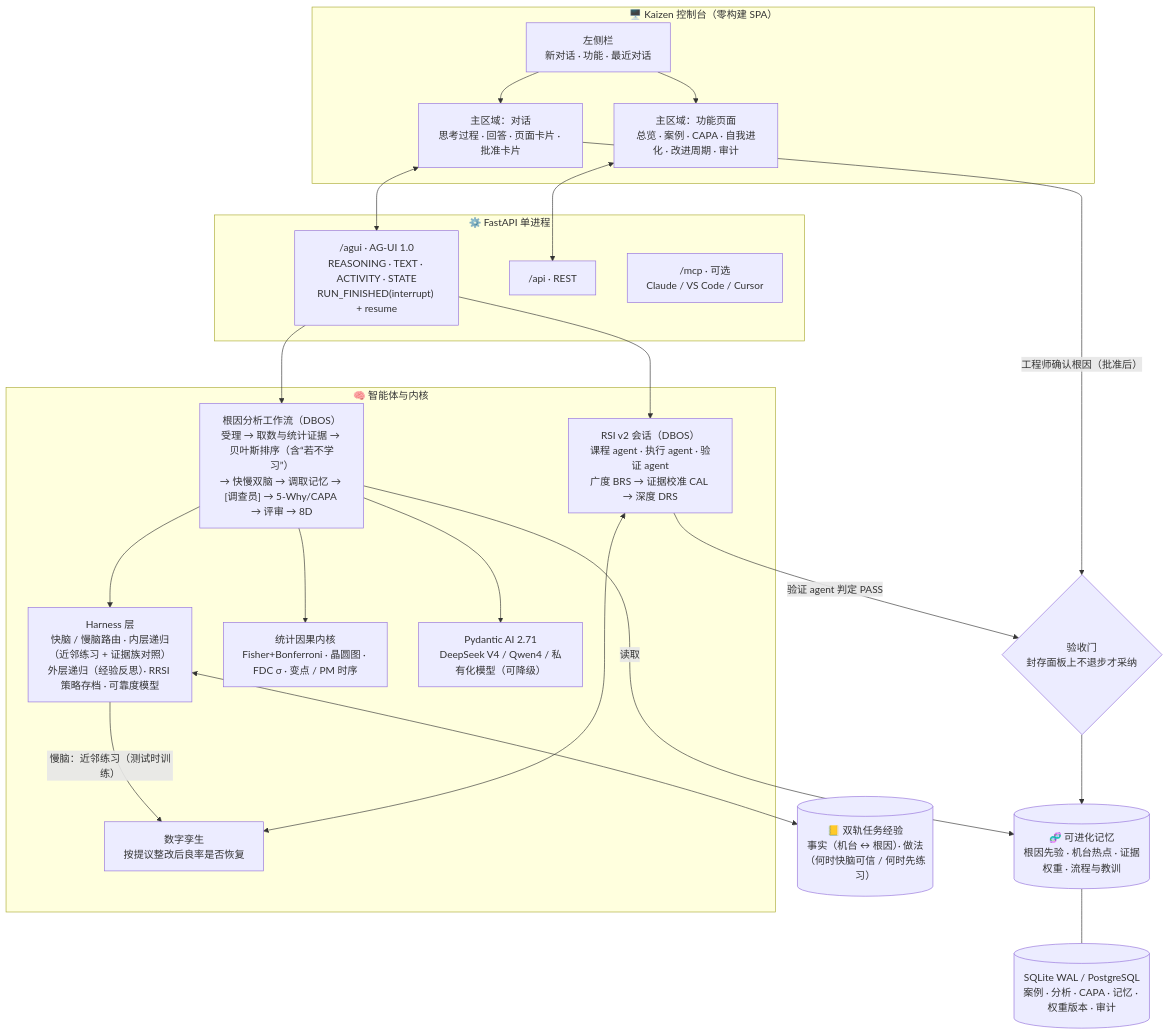
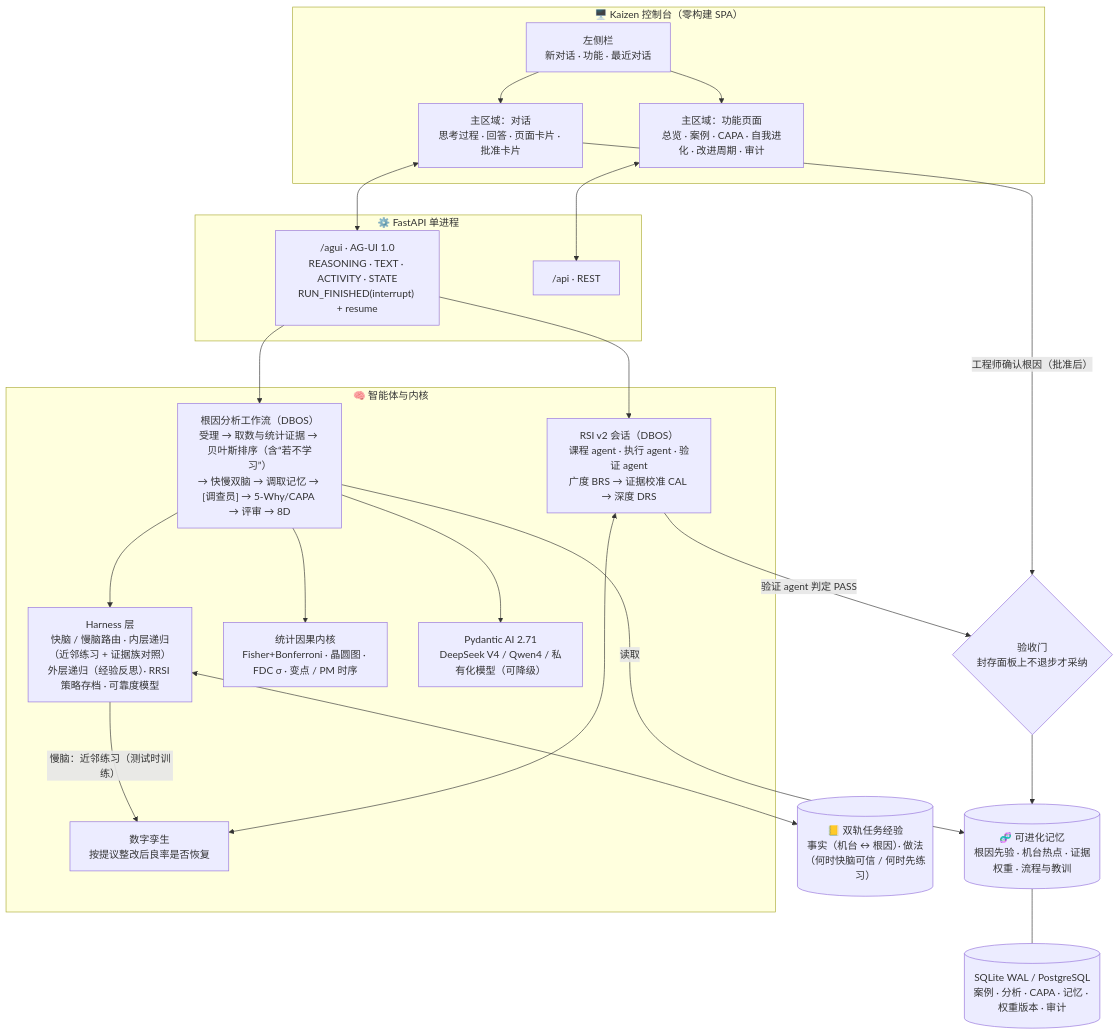
The first of 2 diagrams in README.md (Gaogxx/Industry_RSI), drawn with Mermaid before and after one commit. The commit also changed other lines of this file and 17 other files, not shown here.

````diff
--- a/README.md
+++ b/README.md
@@ -81,43 +74,42 @@
 ```mermaid
 flowchart TB
     subgraph UI["🖥️ Kaizen 控制台（零构建 SPA）"]
         SB["左侧栏<br/>新对话 · 功能 · 最近对话"]
         CHAT["主区域：对话<br/>思考过程 · 回答 · 页面卡片 · 批准卡片"]
         PAGE["主区域：功能页面<br/>总览 · 案例 · CAPA · 自我进化 · 改进周期 · 审计"]
     end
 
     subgraph API["⚙️ FastAPI 单进程"]
         AGUI["/agui · AG-UI 1.0<br/>REASONING · TEXT · ACTIVITY · STATE<br/>RUN_FINISHED(interrupt) + resume"]
         REST["/api · REST"]
-        MCP["/mcp · 可选<br/>Claude / VS Code / Cursor"]
     end
 
     subgraph CORE["🧠 智能体与内核"]
         RCA["根因分析工作流（DBOS）<br/>受理 → 取数与统计证据 → 贝叶斯排序（含“若不学习”）<br/>→ 快慢双脑 → 调取记忆 → [调查员] → 5-Why/CAPA → 评审 → 8D"]
         HZ["Harness 层<br/>快脑 / 慢脑路由 · 内层递归（近邻练习 + 证据族对照）<br/>外层递归（经验反思）· RRSI 策略存档 · 可靠度模型"]
         STAT["统计因果内核<br/>Fisher+Bonferroni · 晶圆图 · FDC σ · 变点 / PM 时序"]
         LLM["Pydantic AI 2.71<br/>DeepSeek V4 / Qwen4 / 私有化模型（可降级）"]
         RSI["RSI v2 会话（DBOS）<br/>课程 agent · 执行 agent · 验证 agent<br/>广度 BRS → 证据校准 CAL → 深度 DRS"]
         TWIN["数字孪生<br/>按提议整改后良率是否恢复"]
     end
 
     MEM[("🧬 可进化记忆<br/>根因先验 · 机台热点 · 证据权重 · 流程与教训")]
     EXP[("📒 双轨任务经验<br/>事实（机台 ↔ 根因）· 做法（何时快脑可信 / 何时先练习）")]
     GATE{"验收门<br/>封存面板上不退步才采纳"}
     DB[("SQLite WAL / PostgreSQL<br/>案例 · 分析 · CAPA · 记忆 · 权重版本 · 审计")]
 
     SB --> CHAT & PAGE
     CHAT <--> AGUI
     PAGE <--> REST
     AGUI --> RCA & RSI
     RCA --> STAT & LLM
     RCA --> HZ
     HZ -- "慢脑：近邻练习（测试时训练）" --> TWIN
     HZ <--> EXP
     RCA -- 读取 --> MEM
     RSI <--> TWIN
     CHAT -- "工程师确认根因（批准后）" --> GATE
     RSI -- "验证 agent 判定 PASS" --> GATE
     GATE --> MEM
     MEM --- DB
 ```
````
